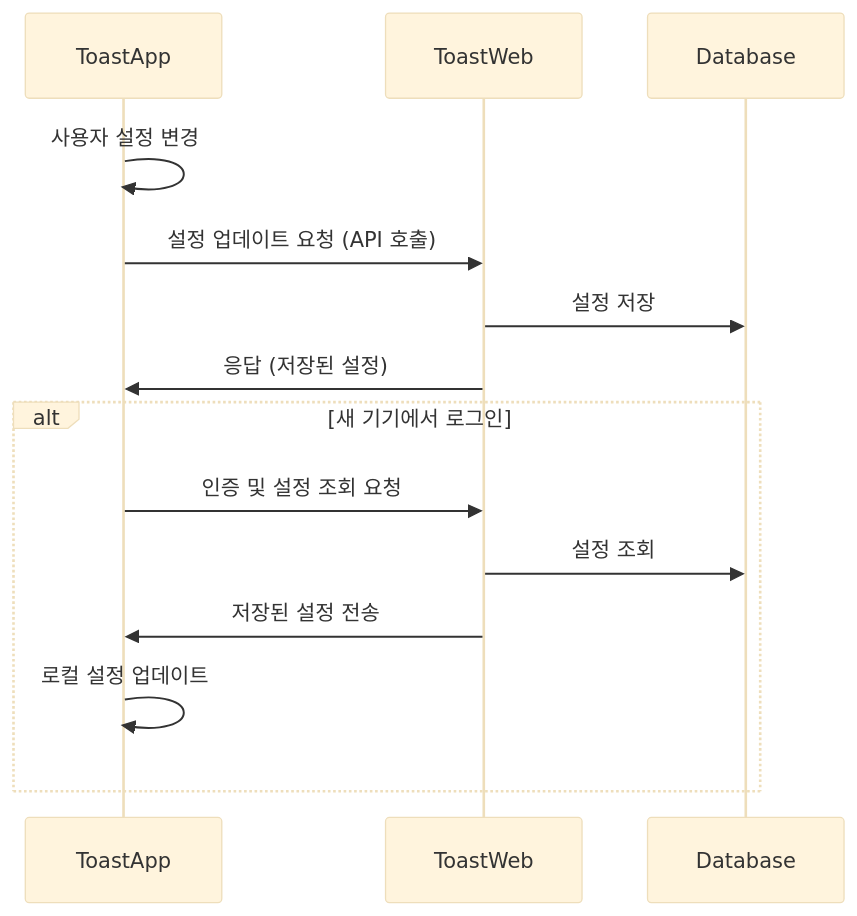
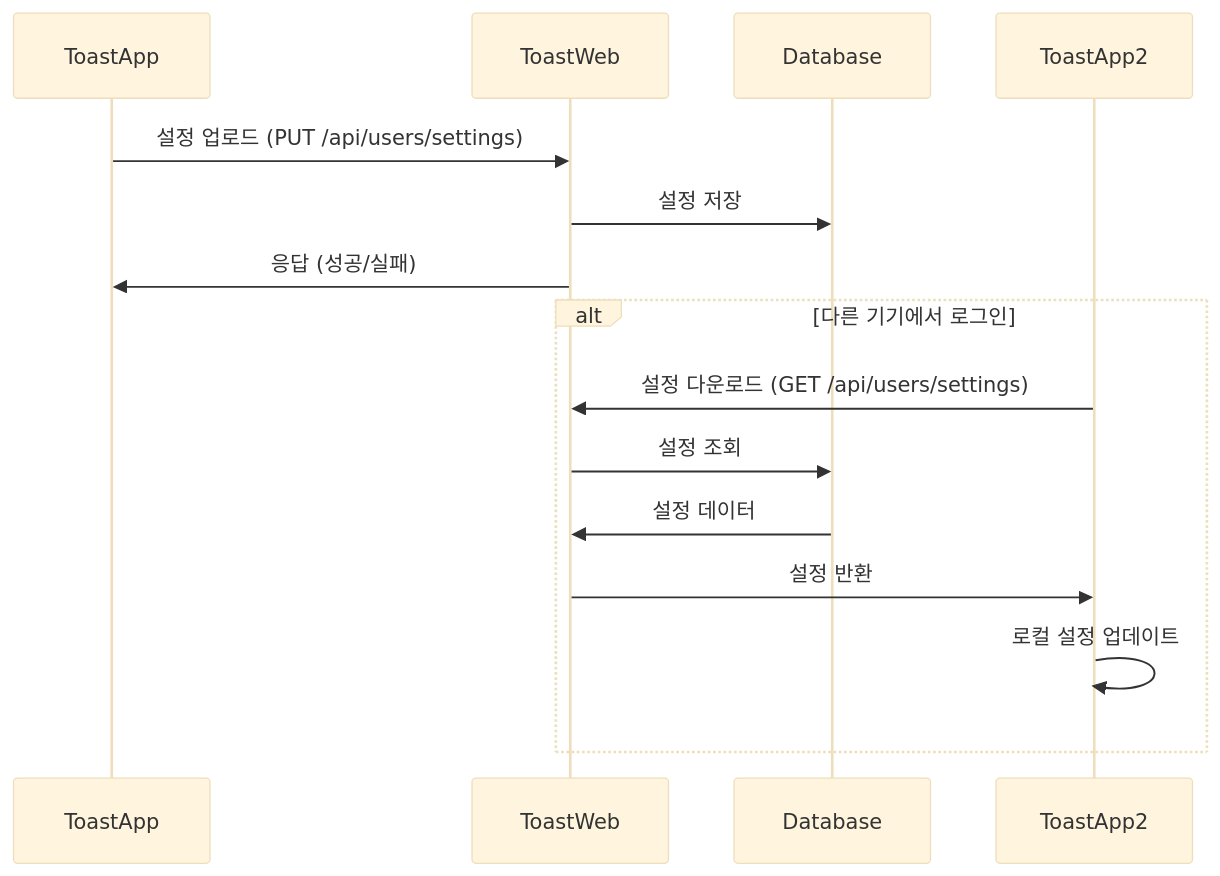
Before and after one commit to opspresso/toast-app: the third of 3 diagrams in INTEGRATION.md, drawn with Mermaid (base theme). The commit also changed other lines of this file, not shown here.

Commit message:
Add settings synchronization section: Updated INTEGRATION.md to include details on settings synchronization between Toast-App and Toast-Web, highlighting key features, implementation details, and API endpoints for user settings management.

````diff
--- a/INTEGRATION.md
+++ b/INTEGRATION.md
@@ -941,18 +664,18 @@
 ```mermaid
 sequenceDiagram
     participant ToastApp
     participant ToastWeb
     participant Database
 
-    ToastApp->>ToastApp: 사용자 설정 변경
-    ToastApp->>ToastWeb: 설정 업데이트 요청 (API 호출)
+    ToastApp->>ToastWeb: 설정 업로드 (PUT /api/users/settings)
     ToastWeb->>Database: 설정 저장
-    ToastWeb->>ToastApp: 응답 (저장된 설정)
+    ToastWeb->>ToastApp: 응답 (성공/실패)
 
-    alt 새 기기에서 로그인
-        ToastApp->>ToastWeb: 인증 및 설정 조회 요청
+    alt 다른 기기에서 로그인
+        ToastApp2->>ToastWeb: 설정 다운로드 (GET /api/users/settings)
         ToastWeb->>Database: 설정 조회
-        ToastWeb->>ToastApp: 저장된 설정 전송
-        ToastApp->>ToastApp: 로컬 설정 업데이트
+        Database->>ToastWeb: 설정 데이터
+        ToastWeb->>ToastApp2: 설정 반환
+        ToastApp2->>ToastApp2: 로컬 설정 업데이트
     end
 ```
````
